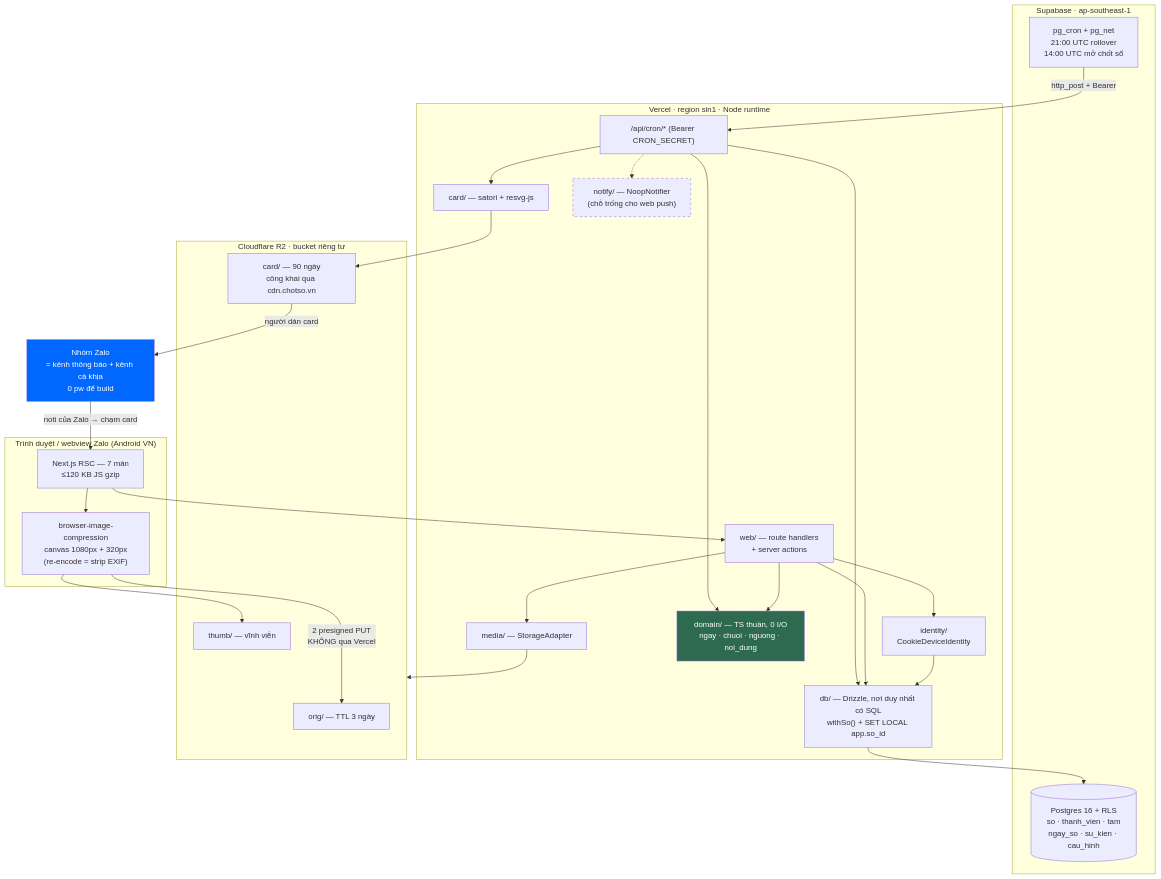
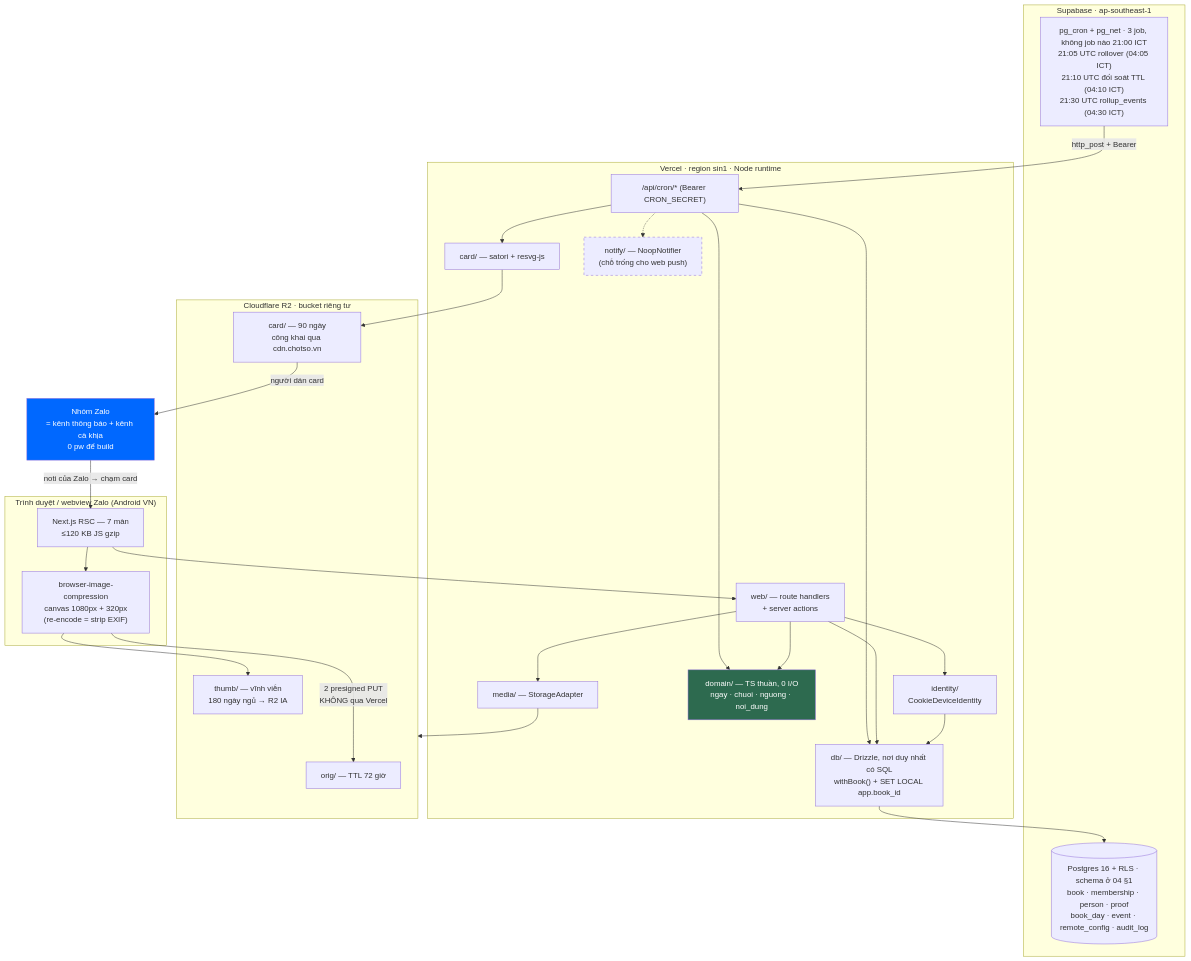
The diagram in docs/plan/03-kien-truc-ky-thuat.md (Mrnobody102/teemi), drawn with Mermaid before and after one commit. The commit also changed other lines of this file and 22 other files, not shown here.

````diff
--- a/docs/plan/03-kien-truc-ky-thuat.md
+++ b/docs/plan/03-kien-truc-ky-thuat.md
@@ -314,52 +352,52 @@
 ```mermaid
 flowchart TB
   subgraph CLIENT["Trình duyệt / webview Zalo (Android VN)"]
     UI["Next.js RSC — 7 màn<br/>≤120 KB JS gzip"]
     CMP["browser-image-compression<br/>canvas 1080px + 320px<br/>(re-encode = strip EXIF)"]
   end
 
   subgraph VERCEL["Vercel · region sin1 · Node runtime"]
     WEB["web/ — route handlers<br/>+ server actions"]
     IDN["identity/<br/>CookieDeviceIdentity"]
     DOM["domain/ — TS thuần, 0 I/O<br/>ngay · chuoi · nguong · noi_dung"]
-    DB["db/ — Drizzle, nơi duy nhất có SQL<br/>withSo() + SET LOCAL app.so_id"]
+    DB["db/ — Drizzle, nơi duy nhất có SQL<br/>withBook() + SET LOCAL app.book_id"]
     MED["media/ — StorageAdapter"]
     CARD["card/ — satori + resvg-js"]
     CRONEP["/api/cron/* (Bearer CRON_SECRET)"]
     NOTIF["notify/ — NoopNotifier<br/>(chỗ trống cho web push)"]
   end
 
   subgraph SUPA["Supabase · ap-southeast-1"]
-    PG[("Postgres 16 + RLS<br/>so · thanh_vien · tam<br/>ngay_so · su_kien · cau_hinh")]
-    CRON["pg_cron + pg_net<br/>21:00 UTC rollover<br/>14:00 UTC mở chốt sổ"]
+    PG[("Postgres 16 + RLS · schema ở 04 §1<br/>book · membership · person · proof<br/>book_day · event · remote_config · audit_log")]
+    CRON["pg_cron + pg_net · 3 job, không job nào 21:00 ICT<br/>21:05 UTC rollover (04:05 ICT)<br/>21:10 UTC đối soát TTL (04:10 ICT)<br/>21:30 UTC rollup_events (04:30 ICT)"]
   end
 
   subgraph R2["Cloudflare R2 · bucket riêng tư"]
-    ORIG["orig/ — TTL 3 ngày"]
-    THUMB["thumb/ — vĩnh viễn"]
+    ORIG["orig/ — TTL 72 giờ"]
+    THUMB["thumb/ — vĩnh viễn<br/>180 ngày ngủ → R2 IA"]
     CARDK["card/ — 90 ngày<br/>công khai qua cdn.chotso.vn"]
   end
 
   ZALO["Nhóm Zalo<br/>= kênh thông báo + kênh cà khịa<br/>0 pw để build"]
 
   UI --> CMP
   CMP -- "2 presigned PUT<br/>KHÔNG qua Vercel" --> ORIG
   CMP --> THUMB
   UI --> WEB
   WEB --> IDN --> DB
   WEB --> DOM
   WEB --> DB --> PG
   WEB --> MED --> R2
   CARD --> CARDK
   CRON -- "http_post + Bearer" --> CRONEP
   CRONEP --> DOM
   CRONEP --> DB
   CRONEP --> CARD
   CRONEP -.-> NOTIF
   CARDK -- "người dán card" --> ZALO
   ZALO -- "noti của Zalo → chạm card" --> UI
 
   style DOM fill:#2d6a4f,color:#fff
   style ZALO fill:#0068ff,color:#fff
   style NOTIF stroke-dasharray: 5 5
 ```
````
